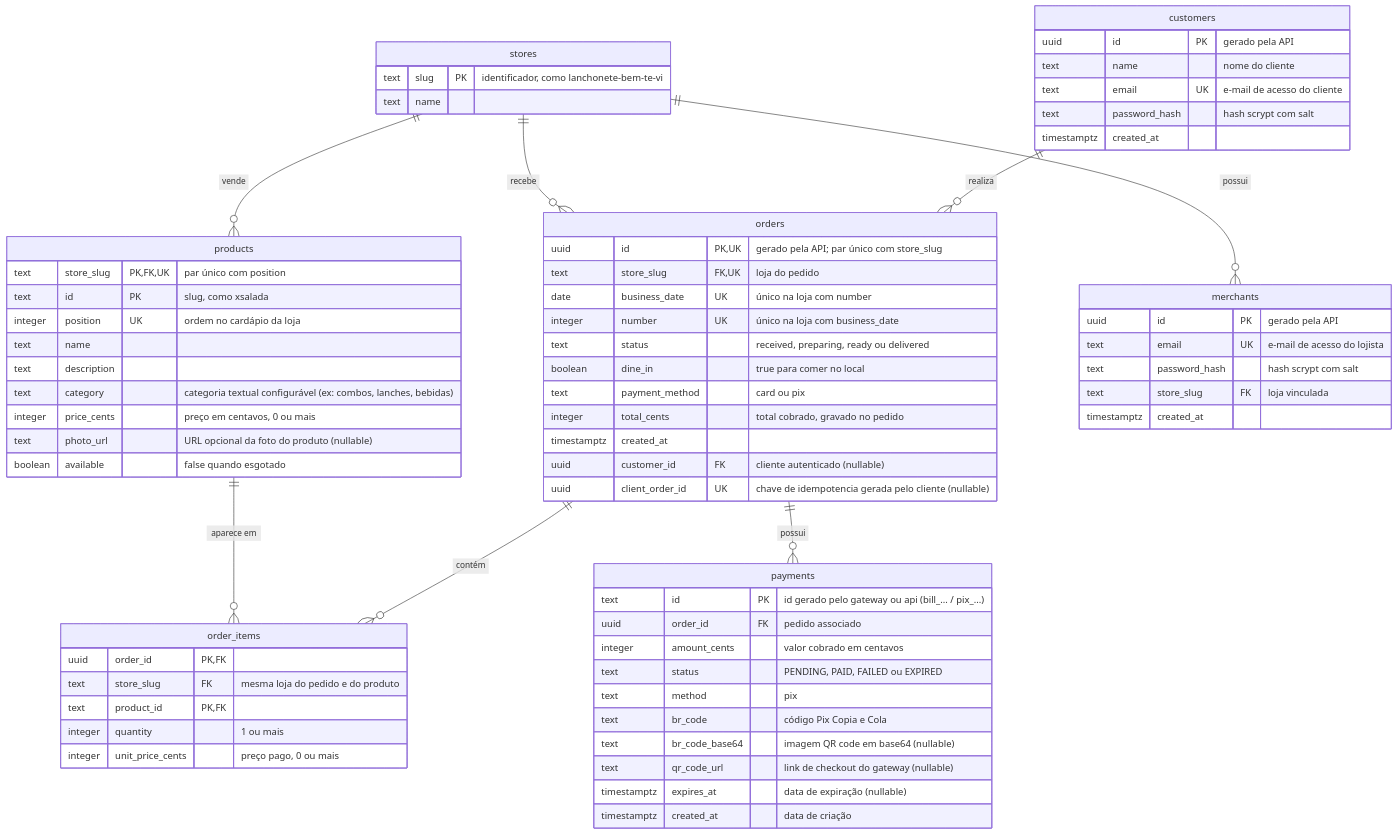
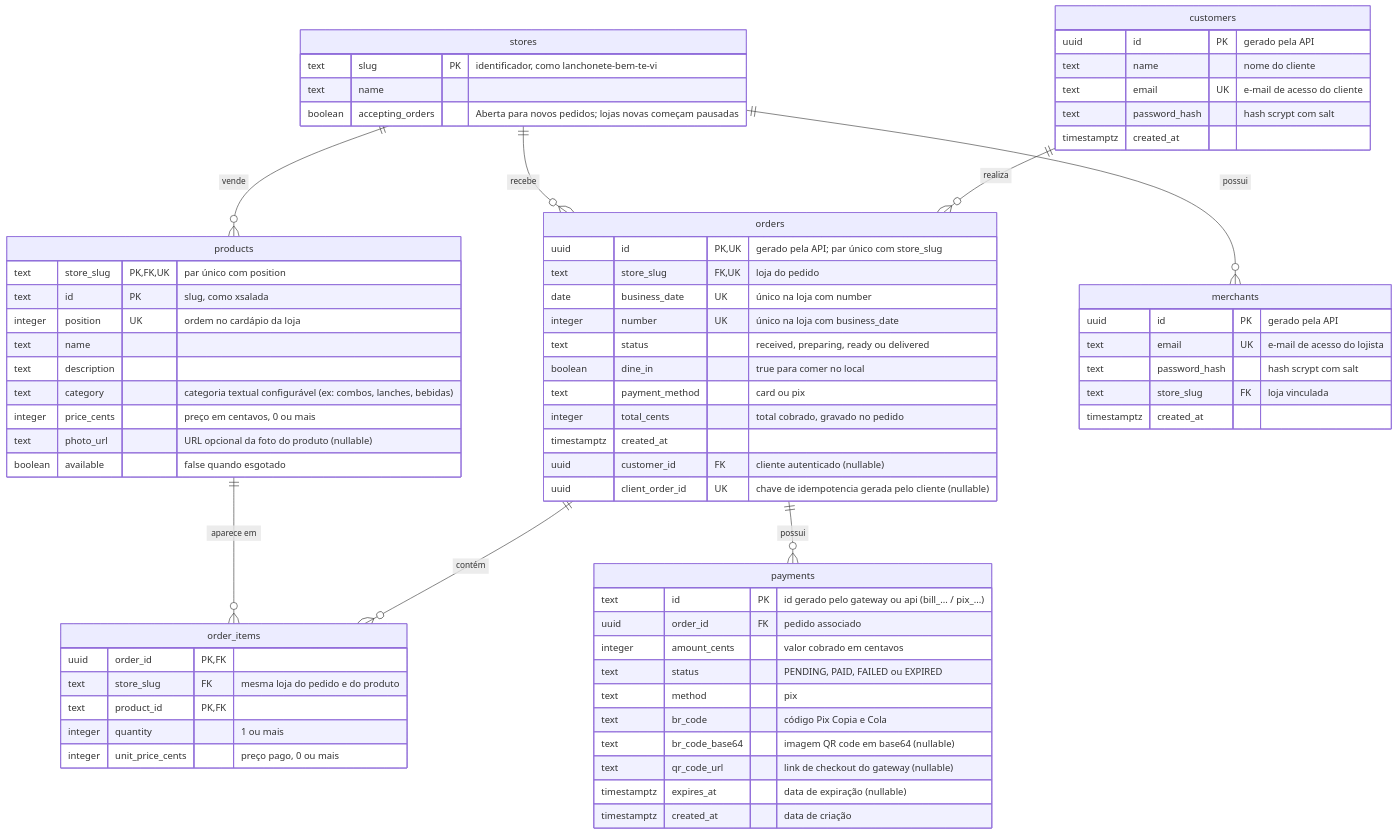
One commit to kaualimadesouza/EI changed the diagram in docs/banco-de-dados.md. Above: the diagram before and after it, drawn with Mermaid. The commit also changed 84 other files, not shown here.

````diff
--- a/docs/banco-de-dados.md
+++ b/docs/banco-de-dados.md
@@ -9,80 +9,81 @@
 ```mermaid
 %%{init: {"htmlLabels": false}}%%
 %% htmlLabels off: labels render as SVG text, not HTML boxes that can clip
 erDiagram
     stores ||--o{ products : "vende"
     stores ||--o{ orders : "recebe"
     stores ||--o{ merchants : "possui"
     customers ||--o{ orders : "realiza"
     products ||--o{ order_items : "aparece em"
     orders ||--o{ order_items : "contém"
     orders ||--o{ payments : "possui"
 
     stores {
         text slug PK "identificador, como lanchonete-bem-te-vi"
         text name
+        boolean accepting_orders "Aberta para novos pedidos; lojas novas começam pausadas"
     }
 
     merchants {
         uuid id PK "gerado pela API"
         text email UK "e-mail de acesso do lojista"
         text password_hash "hash scrypt com salt"
         text store_slug FK "loja vinculada"
         timestamptz created_at
     }
 
     customers {
         uuid id PK "gerado pela API"
         text name "nome do cliente"
         text email UK "e-mail de acesso do cliente"
         text password_hash "hash scrypt com salt"
         timestamptz created_at
     }
 
     products {
         text store_slug PK, FK, UK "par único com position"
         text id PK "slug, como xsalada"
         integer position UK "ordem no cardápio da loja"
         text name
         text description
         text category "categoria textual configurável (ex: combos, lanches, bebidas)"
         integer price_cents "preço em centavos, 0 ou mais"
         text photo_url "URL opcional da foto do produto (nullable)"
         boolean available "false quando esgotado"
     }
 
     orders {
         uuid id PK, UK "gerado pela API; par único com store_slug"
         text store_slug FK, UK "loja do pedido"
         date business_date UK "único na loja com number"
         integer number UK "único na loja com business_date"
         text status "received, preparing, ready ou delivered"
         boolean dine_in "true para comer no local"
         text payment_method "card ou pix"
         integer total_cents "total cobrado, gravado no pedido"
         timestamptz created_at
         uuid customer_id FK "cliente autenticado (nullable)"
         uuid client_order_id UK "chave de idempotencia gerada pelo cliente (nullable)"
     }
 
     order_items {
         uuid order_id PK, FK
         text store_slug FK "mesma loja do pedido e do produto"
         text product_id PK, FK
         integer quantity "1 ou mais"
         integer unit_price_cents "preço pago, 0 ou mais"
     }
 
     payments {
         text id PK "id gerado pelo gateway ou api (bill_... / pix_...)"
         uuid order_id FK "pedido associado"
         integer amount_cents "valor cobrado em centavos"
         text status "PENDING, PAID, FAILED ou EXPIRED"
         text method "pix"
         text br_code "código Pix Copia e Cola"
         text br_code_base64 "imagem QR code em base64 (nullable)"
         text qr_code_url "link de checkout do gateway (nullable)"
         timestamptz expires_at "data de expiração (nullable)"
         timestamptz created_at "data de criação"
     }
 ```
````
